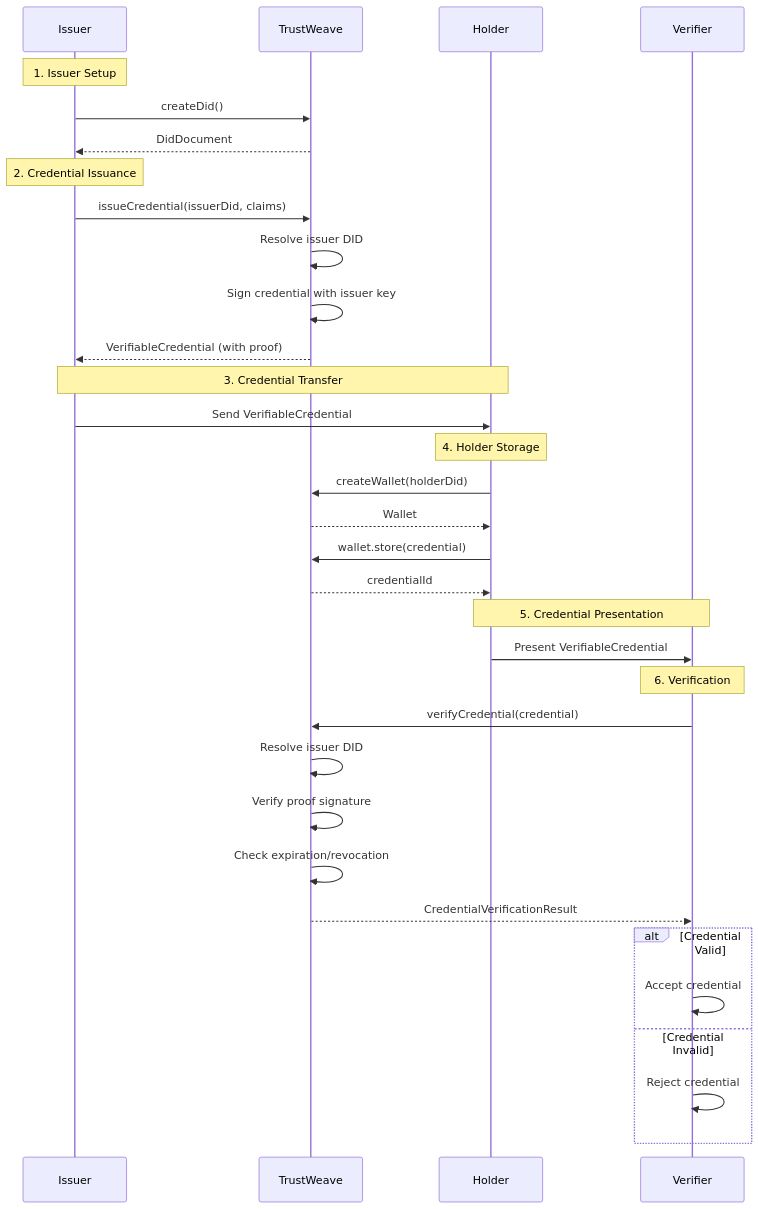
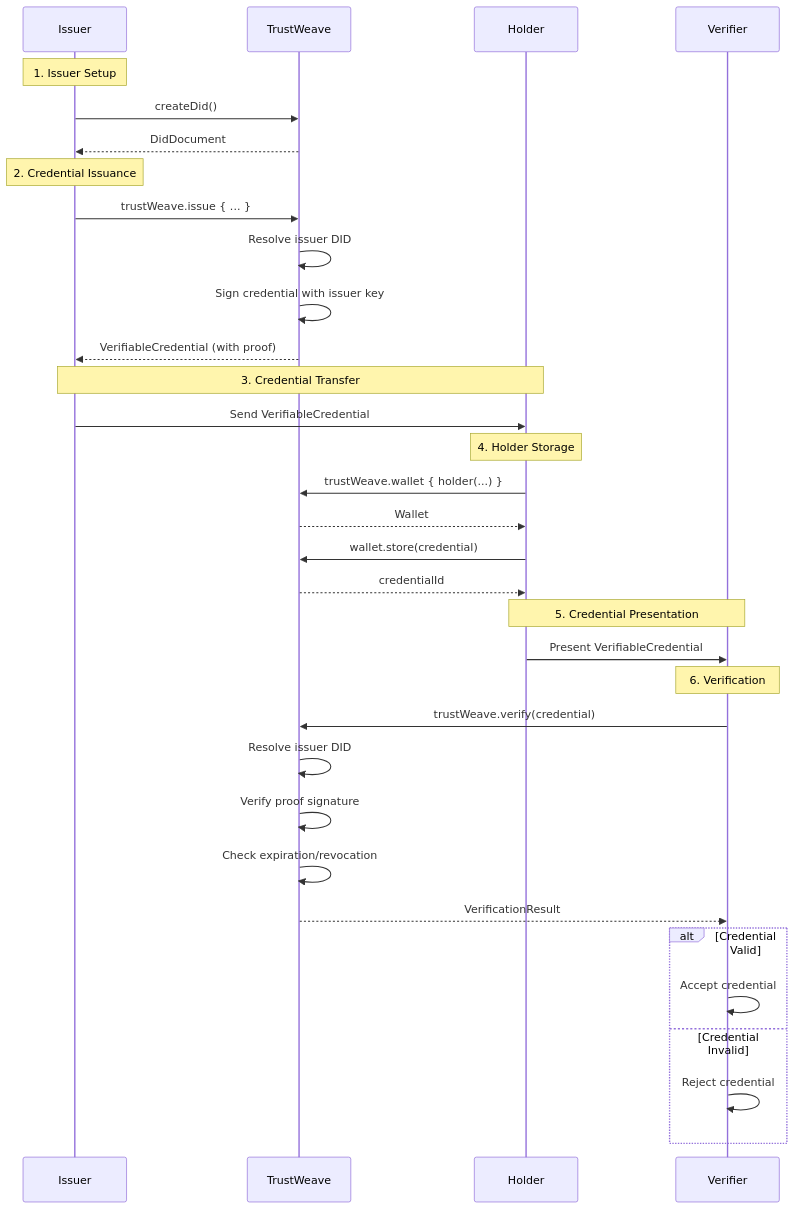
One commit to geoknoesis/trustweave changed the diagram in docs/getting-started/common-patterns.md. Above: the diagram before and after it, drawn with Mermaid. The commit also changed other lines of this file and 932 other files, not shown here.

````diff
--- a/docs/getting-started/common-patterns.md
+++ b/docs/getting-started/common-patterns.md
@@ -171,42 +105,42 @@
 ```mermaid
 sequenceDiagram
     participant I as Issuer
     participant VC as TrustWeave
     participant H as Holder
     participant V as Verifier
 
     Note over I: 1. Issuer Setup
     I->>VC: createDid()
     VC-->>I: DidDocument
 
     Note over I: 2. Credential Issuance
-    I->>VC: issueCredential(issuerDid, claims)
+    I->>VC: trustWeave.issue { ... }
     VC->>VC: Resolve issuer DID
     VC->>VC: Sign credential with issuer key
     VC-->>I: VerifiableCredential (with proof)
 
     Note over I,H: 3. Credential Transfer
     I->>H: Send VerifiableCredential
 
     Note over H: 4. Holder Storage
-    H->>VC: createWallet(holderDid)
+    H->>VC: trustWeave.wallet { holder(...) }
     VC-->>H: Wallet
     H->>VC: wallet.store(credential)
     VC-->>H: credentialId
 
     Note over H,V: 5. Credential Presentation
     H->>V: Present VerifiableCredential
 
     Note over V: 6. Verification
-    V->>VC: verifyCredential(credential)
+    V->>VC: trustWeave.verify(credential)
     VC->>VC: Resolve issuer DID
     VC->>VC: Verify proof signature
     VC->>VC: Check expiration/revocation
-    VC-->>V: CredentialVerificationResult
+    VC-->>V: VerificationResult
 
     alt Credential Valid
         V->>V: Accept credential
     else Credential Invalid
         V->>V: Reject credential
     end
 ```
````
